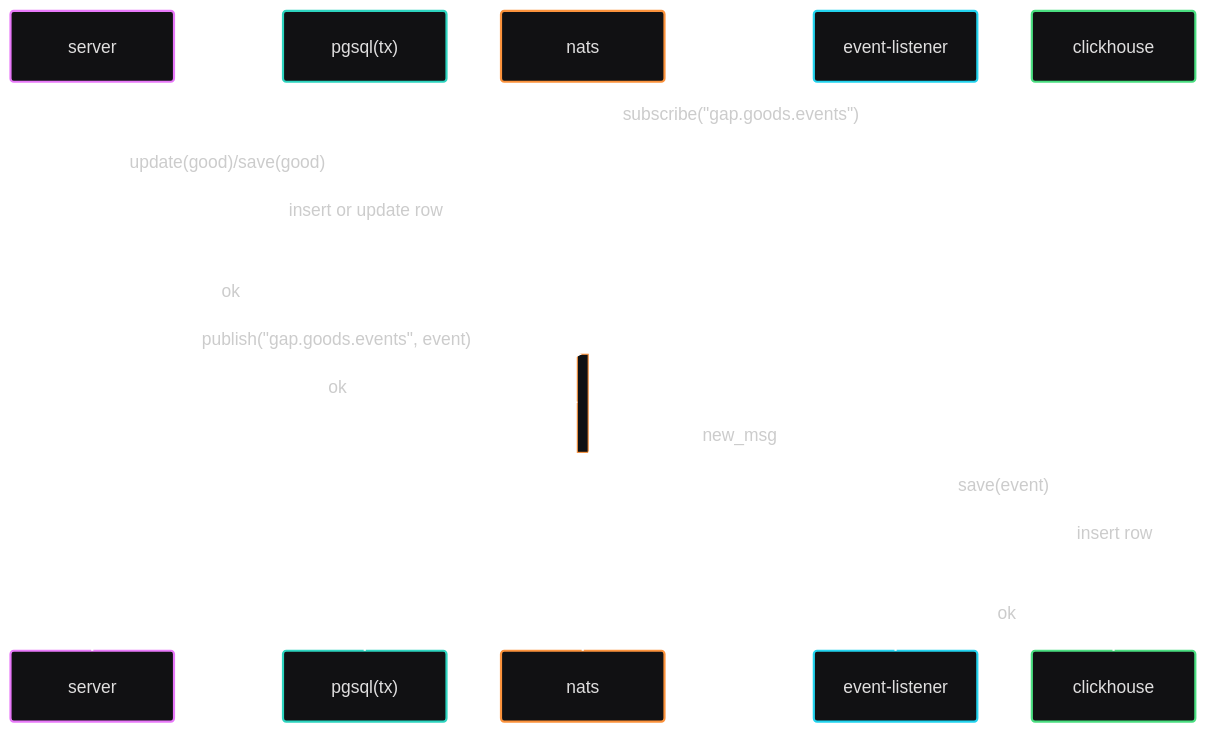
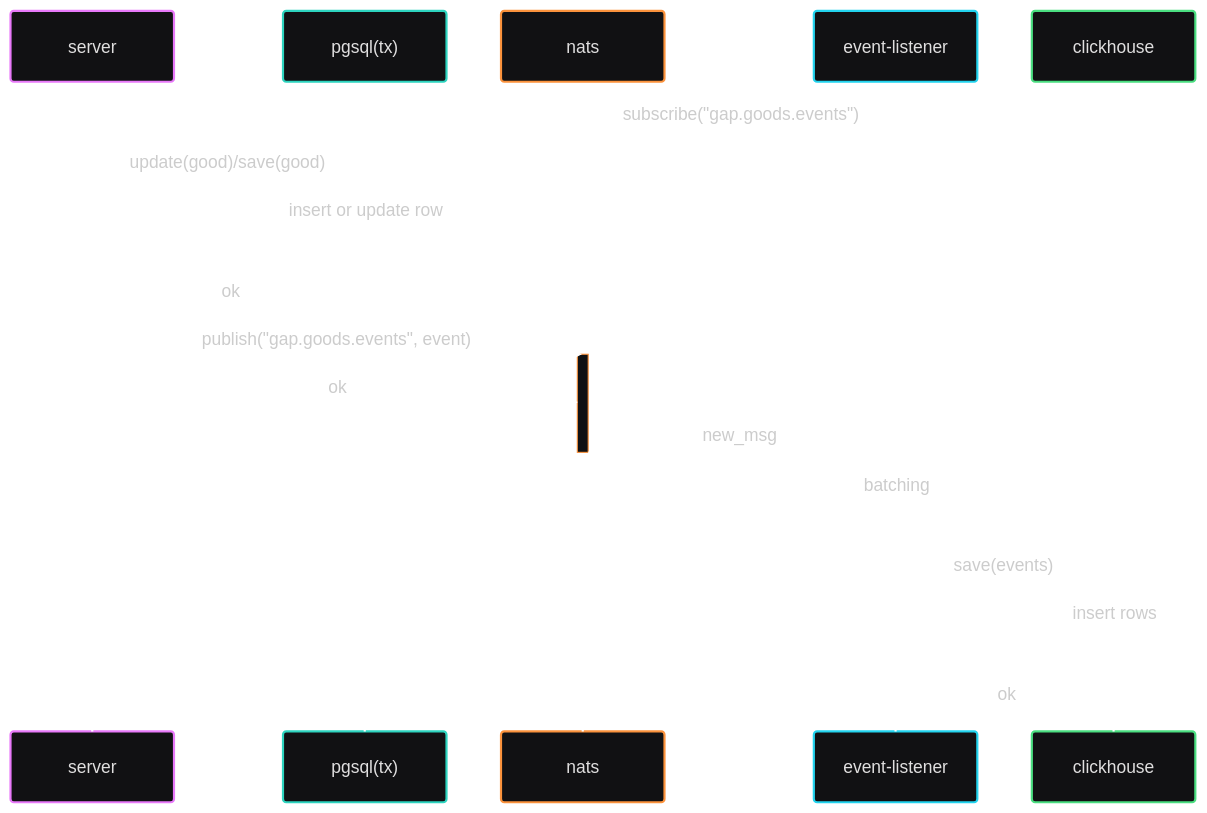
The diagram in README.md (dsaime/goods-and-projects), drawn with Mermaid before and after one commit.

Commit message:
добавить batching в диаграмму последовательностей

````diff
--- a/README.md
+++ b/README.md
@@ -39,26 +39,27 @@
 ```mermaid
 ---
 config:
   look: classic
   theme: redux-dark-color
 ---
 sequenceDiagram
     participant P4 as server
     participant P5 as pgsql(tx)
     participant P1 as nats
     participant P2 as event-listener
     participant P3 as clickhouse
     P2 ->> P1: subscribe("gap.goods.events")
     P4 ->> P5: update(good)/save(good)
     P5 ->> P5: insert or update row
     P5 -->> P4: ok
     P4 ->> P1: publish("gap.goods.events", event)
     activate P1
     P1 -->> P4: ok
     P1 -->> P2: new_msg
     deactivate P1
-    P2 ->> P3: save(event)
-    P3 ->> P3: insert row
+    P2 ->> P2: batching
+    P2 ->> P3: save(events)
+    P3 ->> P3: insert rows
     P3 -->> P2: ok
 
 ```
````
